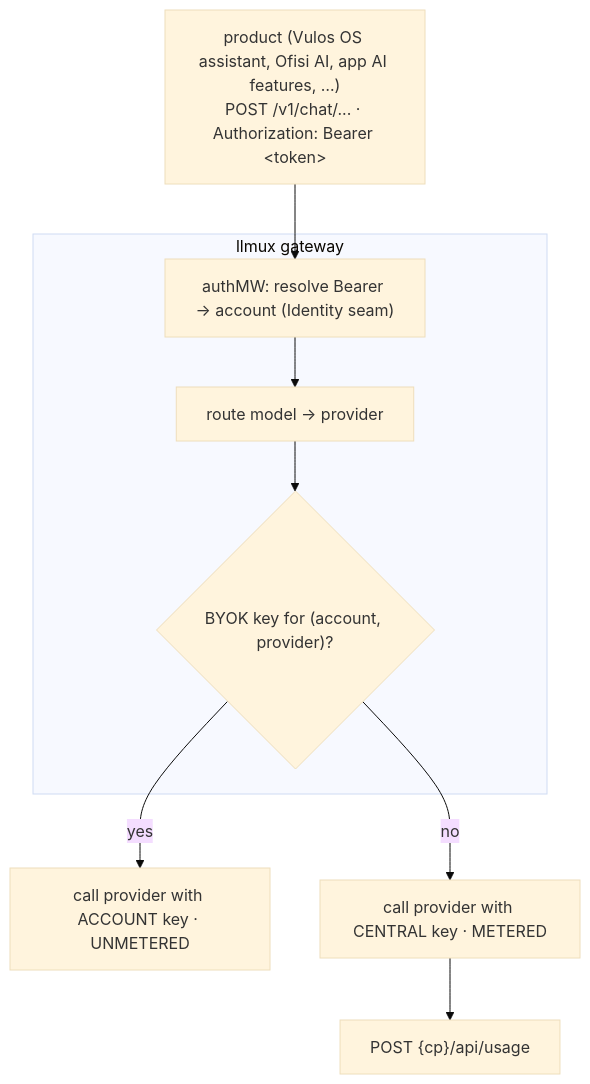
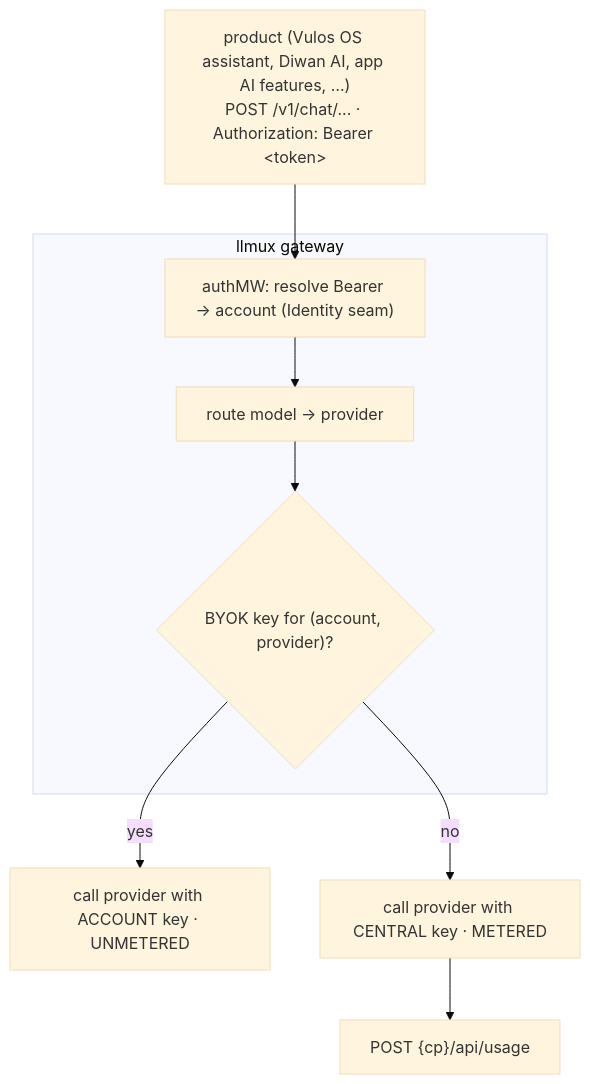
The diagram in docs/LLM-ACCESS.md (vul-os/llmux), drawn with Mermaid (base theme) before and after one commit. The commit also changed other lines of this file and 33 other files, not shown here.

````diff
--- a/docs/LLM-ACCESS.md
+++ b/docs/LLM-ACCESS.md
@@ -17,13 +17,13 @@
 ```mermaid
 flowchart TD
-    product["product (Vulos OS assistant, Ofisi AI, app AI features, …)<br/>POST /v1/chat/... · Authorization: Bearer &lt;token&gt;"] --> auth
+    product["product (Vulos OS assistant, Diwan AI, app AI features, …)<br/>POST /v1/chat/... · Authorization: Bearer &lt;token&gt;"] --> auth
 
     subgraph gateway["llmux gateway"]
         auth["authMW: resolve Bearer → account (Identity seam)"] --> route["route model → provider"]
         route --> byok{"BYOK key for (account, provider)?"}
     end
 
     byok -->|yes| acct["call provider with ACCOUNT key · UNMETERED"]
     byok -->|no| central["call provider with CENTRAL key · METERED"]
     central --> usage["POST {cp}/api/usage"]
 ```
````
